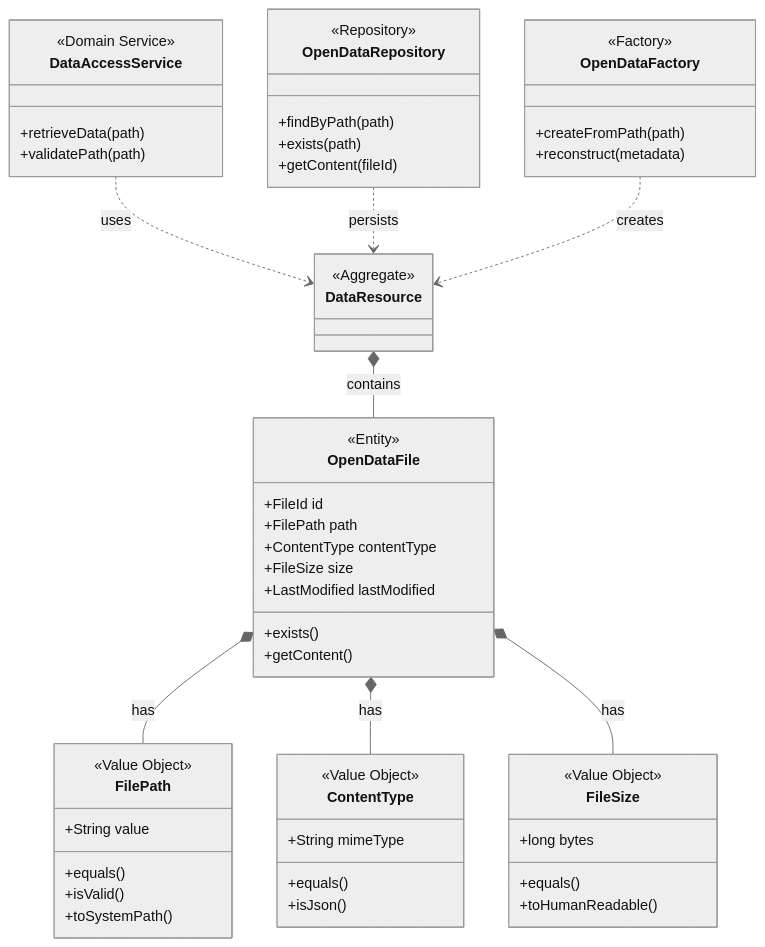
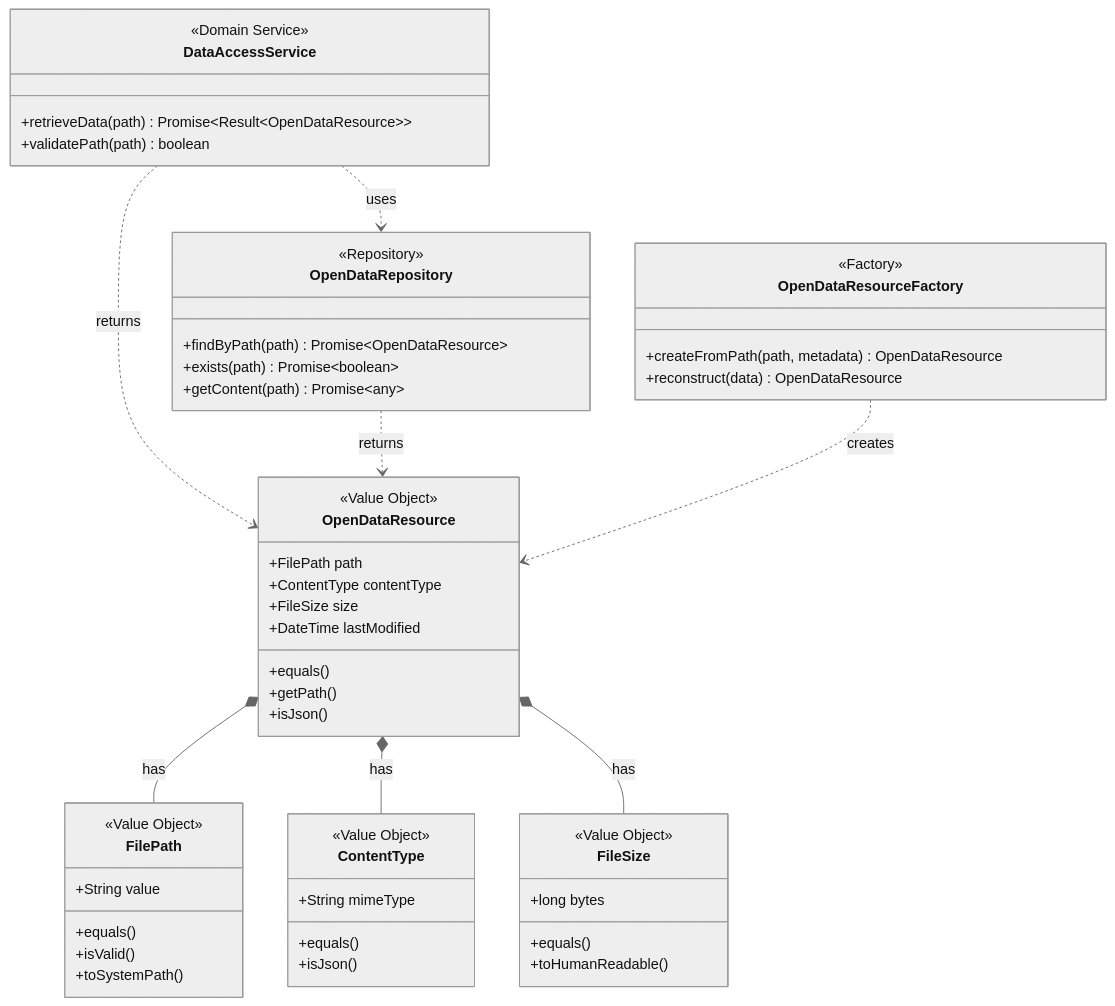
The third of 14 diagrams in docs/specs/step5-design.md (hydrangeas/redis-test), drawn with Mermaid (neutral theme) before and after one commit. The commit also changed other lines of this file and 1 other file, not shown here.

Commit message:
refactor: データコンテキストのモデリングを簡素化
- OpenDataFileエンティティをOpenDataResourceバリューオブジェクトに変更
- FileId識別子を削除し、FilePathで一意性を判定するシンプルな構造に
- DataResource集約を削除（永続化不要のため集約は不適切）
- ドメインサービスとリポジトリのメソッドシグネチャを明確化
- Supabase TTL実装ガイドの改行コードを統一（CRLF→LF）

🤖 Generated with [Claude Code](https://claude.ai/code)

````diff
--- a/docs/specs/step5-design.md
+++ b/docs/specs/step5-design.md
@@ -165,73 +165,67 @@
 ```mermaid
 classDiagram
-    %% 集約
-    class DataResource {
-        <<Aggregate>>
-    }
-    
-    %% エンティティ
-    class OpenDataFile {
-        <<Entity>>
-        +FileId id
+    %% バリューオブジェクト
+    class OpenDataResource {
+        <<Value Object>>
         +FilePath path
         +ContentType contentType
         +FileSize size
-        +LastModified lastModified
-        +exists()
-        +getContent()
+        +DateTime lastModified
+        +equals()
+        +getPath()
+        +isJson()
     }
     
-    %% バリューオブジェクト
     class FilePath {
         <<Value Object>>
         +String value
         +equals()
         +isValid()
         +toSystemPath()
     }
     
     class ContentType {
         <<Value Object>>
         +String mimeType
         +equals()
         +isJson()
     }
     
     class FileSize {
         <<Value Object>>
         +long bytes
         +equals()
         +toHumanReadable()
     }
     
     %% ドメインサービス
     class DataAccessService {
         <<Domain Service>>
-        +retrieveData(path)
-        +validatePath(path)
+        +retrieveData(path) Promise~Result~OpenDataResource~~
+        +validatePath(path) boolean
     }
     
     %% リポジトリインターフェース
     class OpenDataRepository {
         <<Repository>>
-        +findByPath(path)
-        +exists(path)
-        +getContent(fileId)
+        +findByPath(path) Promise~OpenDataResource~
+        +exists(path) Promise~boolean~
+        +getContent(path) Promise~any~
     }
     
     %% ファクトリ
-    class OpenDataFactory {
+    class OpenDataResourceFactory {
         <<Factory>>
-        +createFromPath(path)
-        +reconstruct(metadata)
+        +createFromPath(path, metadata) OpenDataResource
+        +reconstruct(data) OpenDataResource
     }
     
     %% 関係性
-    DataResource *-- OpenDataFile : contains
-    OpenDataFile *-- FilePath : has
-    OpenDataFile *-- ContentType : has
-    OpenDataFile *-- FileSize : has
-    DataAccessService ..> DataResource : uses
-    OpenDataRepository ..> DataResource : persists
-    OpenDataFactory ..> DataResource : creates
+    OpenDataResource *-- FilePath : has
+    OpenDataResource *-- ContentType : has
+    OpenDataResource *-- FileSize : has
+    DataAccessService ..> OpenDataResource : returns
+    DataAccessService ..> OpenDataRepository : uses
+    OpenDataRepository ..> OpenDataResource : returns
+    OpenDataResourceFactory ..> OpenDataResource : creates
 ```
````
